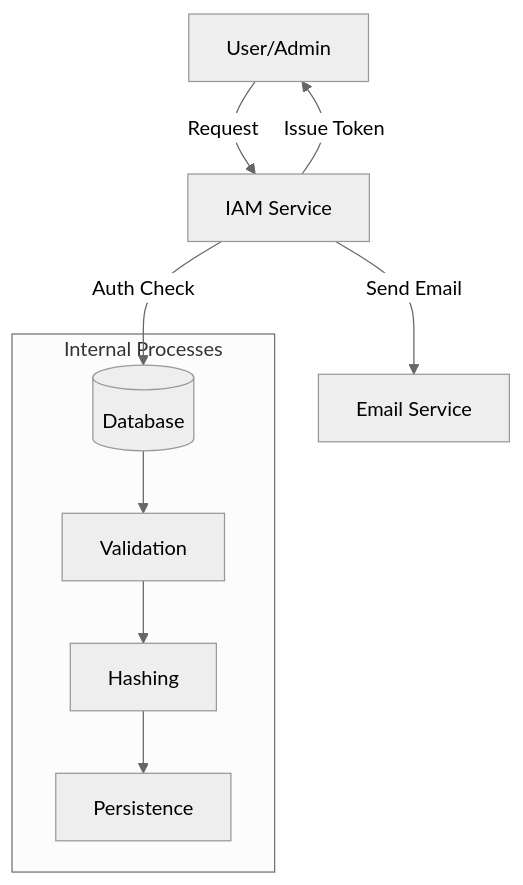
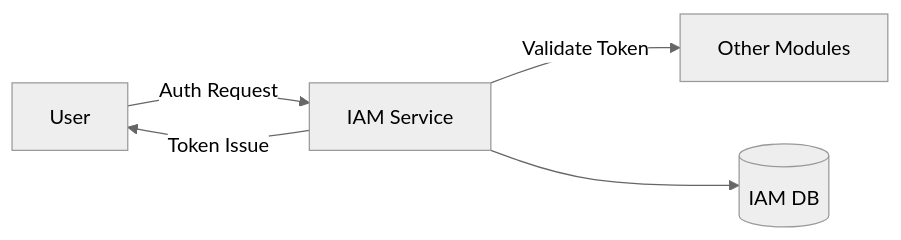
One commit to vheins/vibe-coding-template changed the diagram in .agent/documents/application/modules/iam-security/overview.md. Above: the diagram before and after it, drawn with Mermaid (neutral theme). The commit also changed other lines of this file and 6 other files, not shown here.

````diff
--- a/.agent/documents/application/modules/iam-security/overview.md
+++ b/.agent/documents/application/modules/iam-security/overview.md
@@ -79,13 +37,7 @@
 ```mermaid
-graph TD
-    User[User/Admin] -->|Request| API[IAM Service]
-    API -->|Auth Check| DB[(Database)]
-    API -->|Send Email| Email[Email Service]
-    API -->|Issue Token| User
-
-    subgraph "Internal Processes"
-    DB --> Validation
-    Validation --> Hashing
-    Hashing --> Persistence
-    end
+graph LR
+    User -->|Auth Request| IAM[IAM Service]
+    IAM -->|Token Issue| User
+    IAM -->|Validate Token| OtherModules[Other Modules]
+    IAM --> Database[(IAM DB)]
 ```
````
